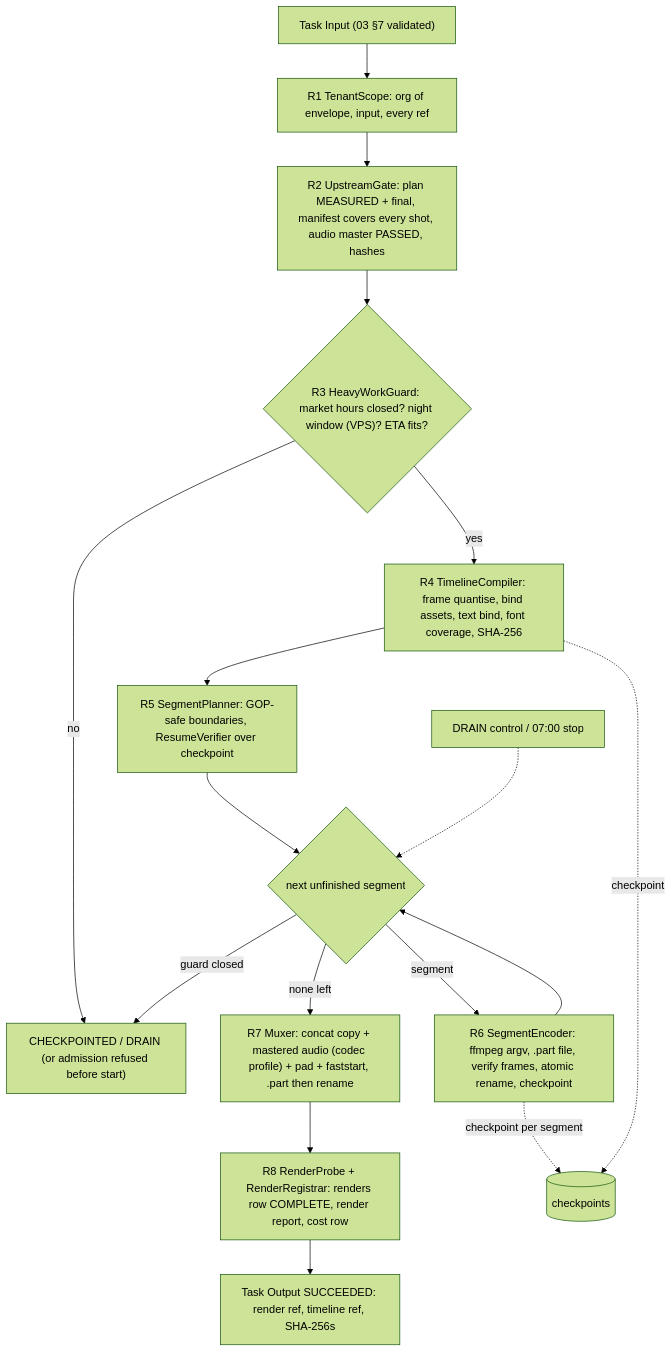
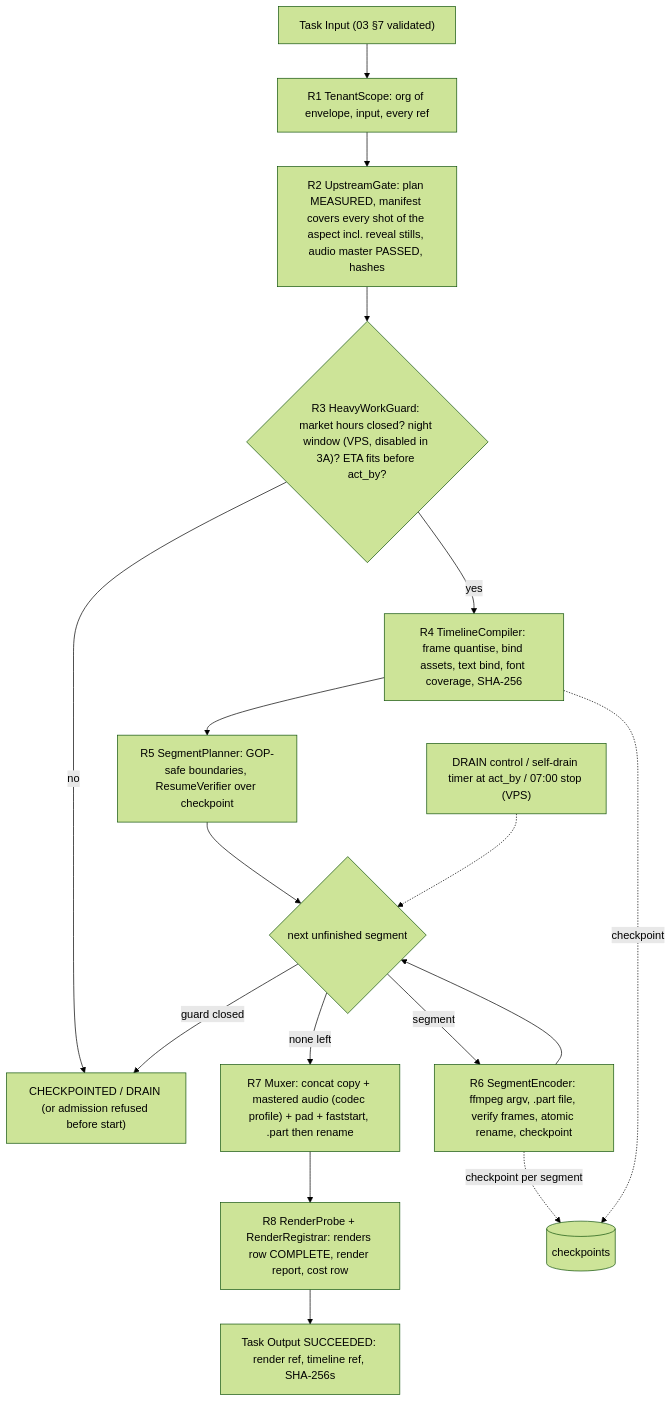
Before and after one commit to abhiwasu007-a11y/Media: the first of 4 diagrams in docs/v4/agents/agent_10_video_editor.md, drawn with Mermaid (forest theme). The commit also changed other lines of this file, not shown here.

````diff
--- a/docs/v4/agents/agent_10_video_editor.md
+++ b/docs/v4/agents/agent_10_video_editor.md
@@ -136,19 +137,19 @@
 ```mermaid
 flowchart TD
   IN["Task Input (03 §7 validated)"] --> R1["R1 TenantScope: org of envelope, input, every ref"]
-  R1 --> R2["R2 UpstreamGate: plan MEASURED + final, manifest covers every shot, audio master PASSED, hashes"]
-  R2 --> G1{"R3 HeavyWorkGuard: market hours closed? night window (VPS)? ETA fits?"}
+  R1 --> R2["R2 UpstreamGate: plan MEASURED, manifest covers every shot of the aspect incl. reveal stills, audio master PASSED, hashes"]
+  R2 --> G1{"R3 HeavyWorkGuard: market hours closed? night window (VPS, disabled in 3A)? ETA fits before act_by?"}
   G1 -- "no" --> SUS["CHECKPOINTED / DRAIN (or admission refused before start)"]
   G1 -- "yes" --> R4["R4 TimelineCompiler: frame quantise, bind assets, text bind, font coverage, SHA-256"]
   R4 --> R5["R5 SegmentPlanner: GOP-safe boundaries, ResumeVerifier over checkpoint"]
   R5 --> L{"next unfinished segment"}
   L -- "guard closed" --> SUS
   L -- "segment" --> R6["R6 SegmentEncoder: ffmpeg argv, .part file, verify frames, atomic rename, checkpoint"]
   R6 --> L
   L -- "none left" --> R7["R7 Muxer: concat copy + mastered audio (codec profile) + pad + faststart, .part then rename"]
   R7 --> R8["R8 RenderProbe + RenderRegistrar: renders row COMPLETE, render report, cost row"]
   R8 --> OUT["Task Output SUCCEEDED: render ref, timeline ref, SHA-256s"]
   R6 -. "checkpoint per segment" .-> CK[("checkpoints")]
   R4 -. "checkpoint" .-> CK
-  DR["DRAIN control / 07:00 stop"] -.-> L
+  DR["DRAIN control / self-drain timer at act_by / 07:00 stop (VPS)"] -.-> L
 ```
````
